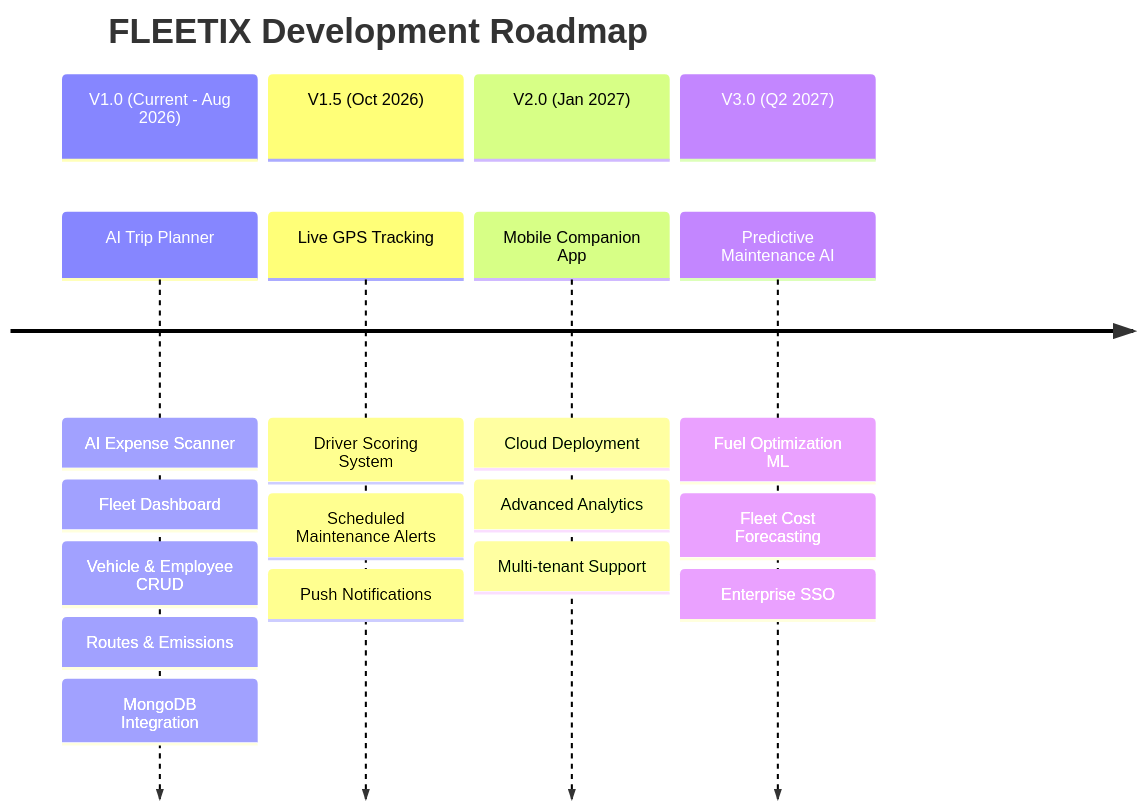
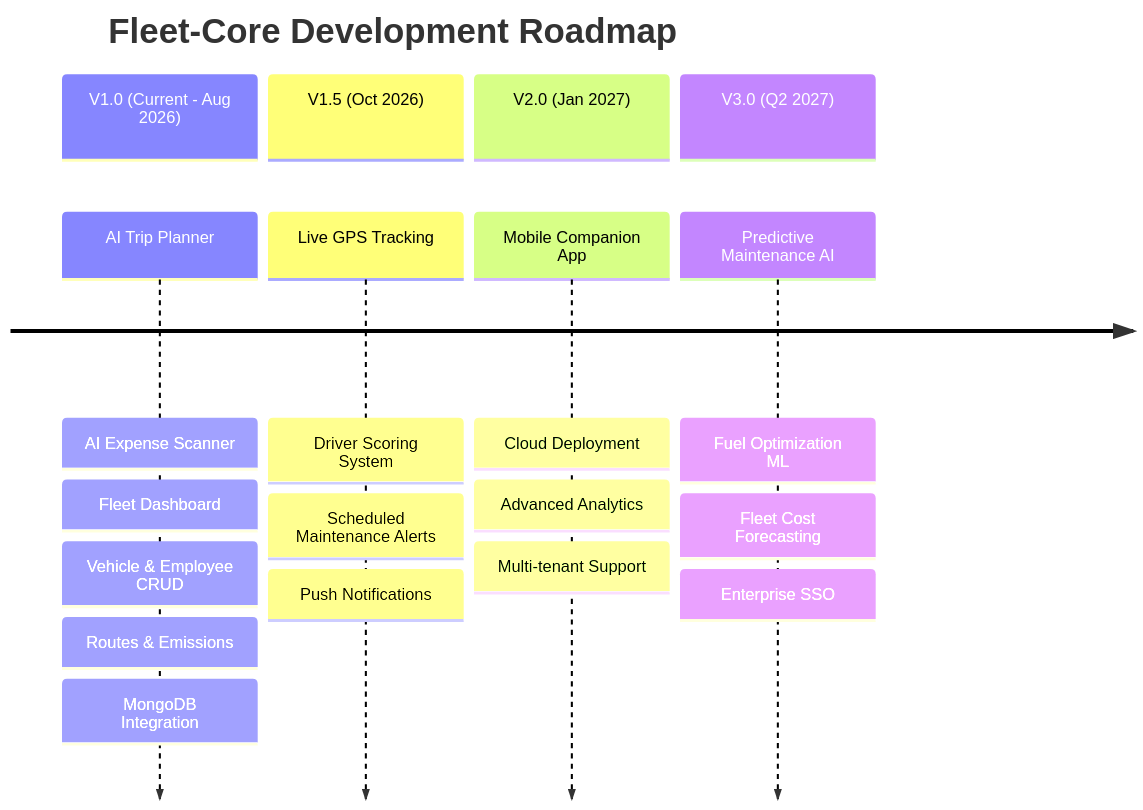
Diagram 11 of 12 in README.md (tawfeeq-bahur/FLEET-CORE), drawn with Mermaid before and after one commit. The commit also changed other lines of this file and 15 other files, not shown here.

````diff
--- a/README.md
+++ b/README.md
@@ -668,12 +668,12 @@
 ```mermaid
 timeline
-    title FLEETIX Development Roadmap
+    title Fleet-Core Development Roadmap
     section V1.0 (Current - Aug 2026)
         AI Trip Planner : AI Expense Scanner : Fleet Dashboard : Vehicle & Employee CRUD : Routes & Emissions : MongoDB Integration
     section V1.5 (Oct 2026)
         Live GPS Tracking : Driver Scoring System : Scheduled Maintenance Alerts : Push Notifications
     section V2.0 (Jan 2027)
         Mobile Companion App : Cloud Deployment : Advanced Analytics : Multi-tenant Support
     section V3.0 (Q2 2027)
         Predictive Maintenance AI : Fuel Optimization ML : Fleet Cost Forecasting : Enterprise SSO
 ```
````
